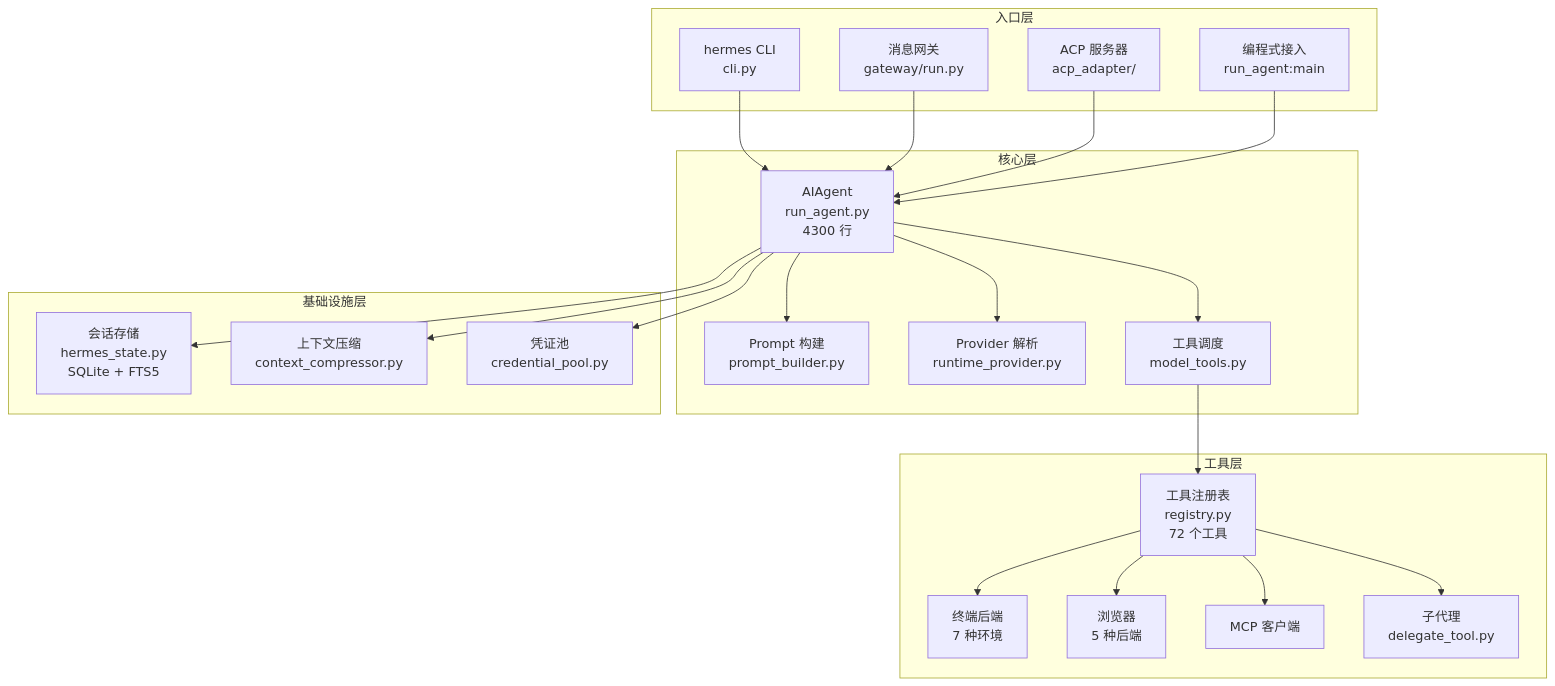
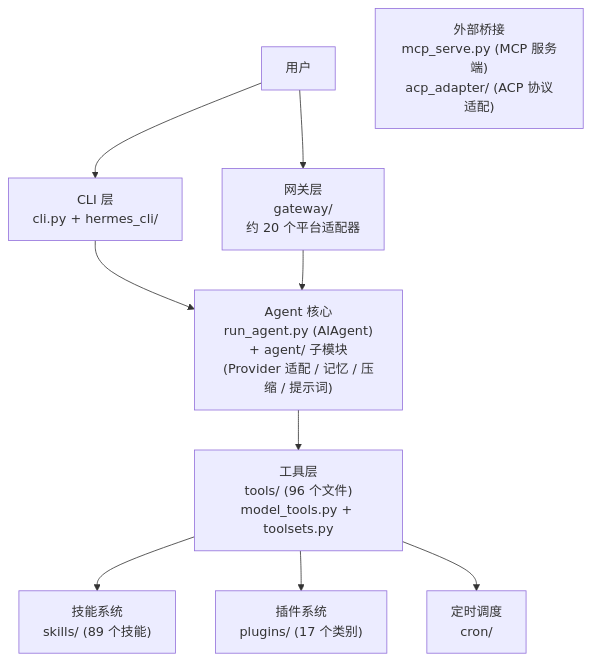
The first of 2 diagrams in docs/zh/drafts/00-draft.md (fang-lin/hermes-agent-code-analysis), drawn with Mermaid before and after one commit. The commit also changed other lines of this file, not shown here.

````diff
--- a/docs/zh/drafts/00-draft.md
+++ b/docs/zh/drafts/00-draft.md
@@ -132,49 +131,12 @@
 ```mermaid
-flowchart TB
-    subgraph 入口层
-        CLI["hermes CLI<br/>cli.py"]
-        GW["消息网关<br/>gateway/run.py"]
-        ACP["ACP 服务器<br/>acp_adapter/"]
-        API["编程式接入<br/>run_agent:main"]
-    end
-
-    subgraph 核心层
-        AGENT["AIAgent<br/>run_agent.py<br/>4300 行"]
-        PROMPT["Prompt 构建<br/>prompt_builder.py"]
-        PROVIDER["Provider 解析<br/>runtime_provider.py"]
-        TOOLS["工具调度<br/>model_tools.py"]
-    end
-
-    subgraph 基础设施层
-        SESSION["会话存储<br/>hermes_state.py<br/>SQLite + FTS5"]
-        COMPRESS["上下文压缩<br/>context_compressor.py"]
-        CRED["凭证池<br/>credential_pool.py"]
-    end
-
-    subgraph 工具层
-        REG["工具注册表<br/>registry.py<br/>72 个工具"]
-        TERM["终端后端<br/>7 种环境"]
-        BROWSER["浏览器<br/>5 种后端"]
-        MCP_T["MCP 客户端"]
-        DELEGATE["子代理<br/>delegate_tool.py"]
-    end
-
-    CLI --> AGENT
-    GW --> AGENT
-    ACP --> AGENT
-    API --> AGENT
-
-    AGENT --> PROMPT
-    AGENT --> PROVIDER
-    AGENT --> TOOLS
-
-    AGENT --> SESSION
-    AGENT --> COMPRESS
-    AGENT --> CRED
-
-    TOOLS --> REG
-    REG --> TERM
-    REG --> BROWSER
-    REG --> MCP_T
-    REG --> DELEGATE
+graph TD
+    User[用户] --> CLI["CLI 层<br/>cli.py + hermes_cli/"]
+    User --> GW["网关层<br/>gateway/<br/>约 20 个平台适配器"]
+    CLI --> Agent["Agent 核心<br/>run_agent.py #40;AIAgent#41;<br/>+ agent/ 子模块<br/>#40;Provider 适配 / 记忆 / 压缩 / 提示词#41;"]
+    GW --> Agent
+    Agent --> Tools["工具层<br/>tools/ #40;96 个文件#41;<br/>model_tools.py + toolsets.py"]
+    Tools --> Skills["技能系统<br/>skills/ #40;89 个技能#41;"]
+    Tools --> Plugins["插件系统<br/>plugins/ #40;17 个类别#41;"]
+    Tools --> Cron["定时调度<br/>cron/"]
+    Bridge["外部桥接<br/>mcp_serve.py #40;MCP 服务端#41;<br/>acp_adapter/ #40;ACP 协议适配#41;"]
 ```
````
